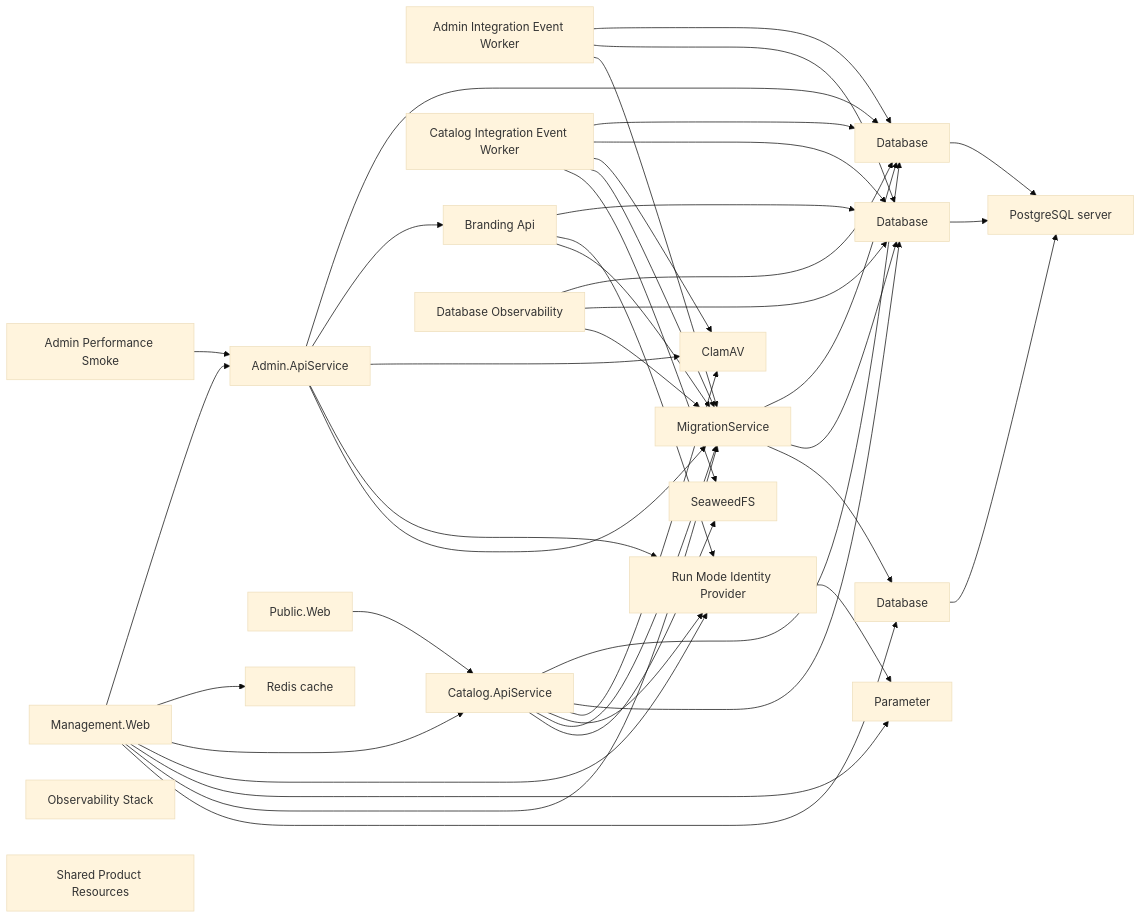
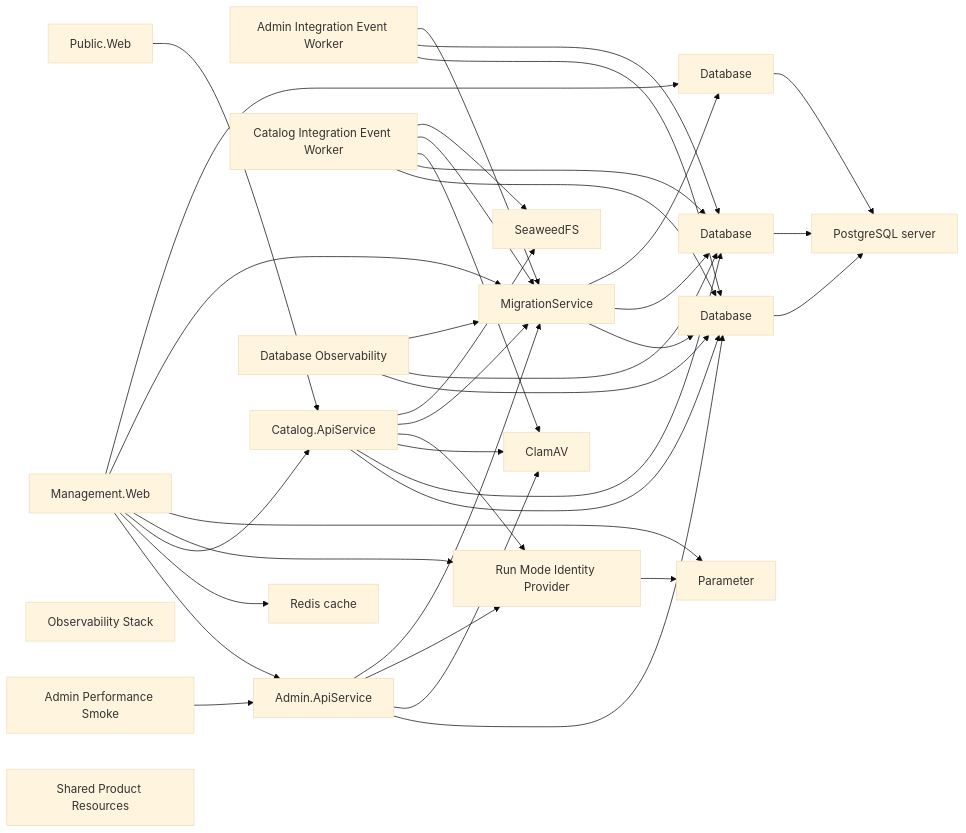
One commit to danigutsch/ViajantesTurismo changed the diagram in docs/architecture/runtime-wiring-and-deployment.md. Above: the diagram before and after it, drawn with Mermaid (base theme). The commit also changed other lines of this file and 169 other files, not shown here.

````diff
--- a/docs/architecture/runtime-wiring-and-deployment.md
+++ b/docs/architecture/runtime-wiring-and-deployment.md
@@ -21,65 +21,60 @@
 ```mermaid
 flowchart LR
     AdminIntegrationEventWorker[Admin Integration Event Worker]
     AdminPerformanceSmoke[Admin Performance Smoke]
     apiService[Admin.ApiService]
-    brandingApiService[Branding Api]
     CatalogIntegrationEventWorker[Catalog Integration Event Worker]
     catalogApiService[Catalog.ApiService]
     clamAv[ClamAV]
     adminDatabase[Database]
     catalogDatabase[Database]
     securityDatabase[Database]
     DatabaseObservability[Database Observability]
     ManagementWeb[Management.Web]
     migrationService[MigrationService]
     ObservabilityStack[Observability Stack]
     managementWebClientSecret[Parameter]
     databaseServer[PostgreSQL server]
     PublicWeb[Public.Web]
     cache[Redis cache]
     identityProvider[Run Mode Identity Provider]
     seaweedFs[SeaweedFS]
     SharedProductResources[Shared Product Resources]
     AdminIntegrationEventWorker --> adminDatabase
     AdminIntegrationEventWorker --> catalogDatabase
     AdminIntegrationEventWorker --> migrationService
     AdminPerformanceSmoke --> apiService
     CatalogIntegrationEventWorker --> adminDatabase
     CatalogIntegrationEventWorker --> catalogDatabase
     CatalogIntegrationEventWorker --> clamAv
     CatalogIntegrationEventWorker --> migrationService
     CatalogIntegrationEventWorker --> seaweedFs
     DatabaseObservability --> adminDatabase
     DatabaseObservability --> catalogDatabase
     DatabaseObservability --> migrationService
     ManagementWeb --> apiService
     ManagementWeb --> cache
     ManagementWeb --> catalogApiService
     ManagementWeb --> identityProvider
     ManagementWeb --> managementWebClientSecret
     ManagementWeb --> migrationService
     ManagementWeb --> securityDatabase
     PublicWeb --> catalogApiService
     adminDatabase --> databaseServer
     apiService --> adminDatabase
-    apiService --> brandingApiService
     apiService --> clamAv
     apiService --> identityProvider
     apiService --> migrationService
-    brandingApiService --> catalogDatabase
-    brandingApiService --> identityProvider
-    brandingApiService --> migrationService
     catalogApiService --> adminDatabase
     catalogApiService --> catalogDatabase
     catalogApiService --> clamAv
     catalogApiService --> identityProvider
     catalogApiService --> migrationService
     catalogApiService --> seaweedFs
     catalogDatabase --> databaseServer
     identityProvider --> managementWebClientSecret
     migrationService --> adminDatabase
     migrationService --> catalogDatabase
     migrationService --> securityDatabase
     securityDatabase --> databaseServer
 ```
````
